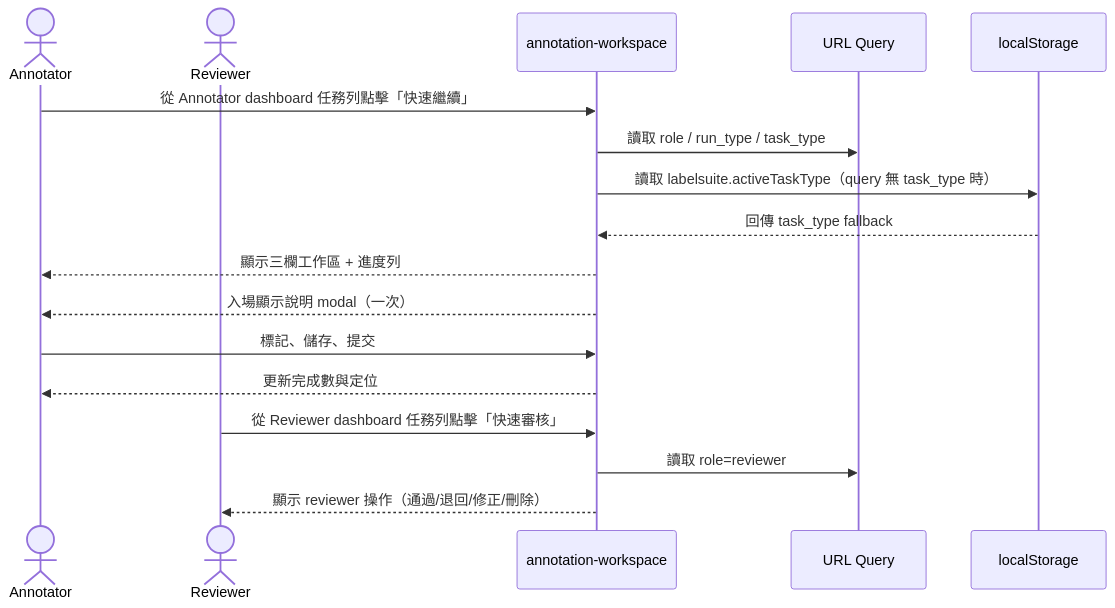
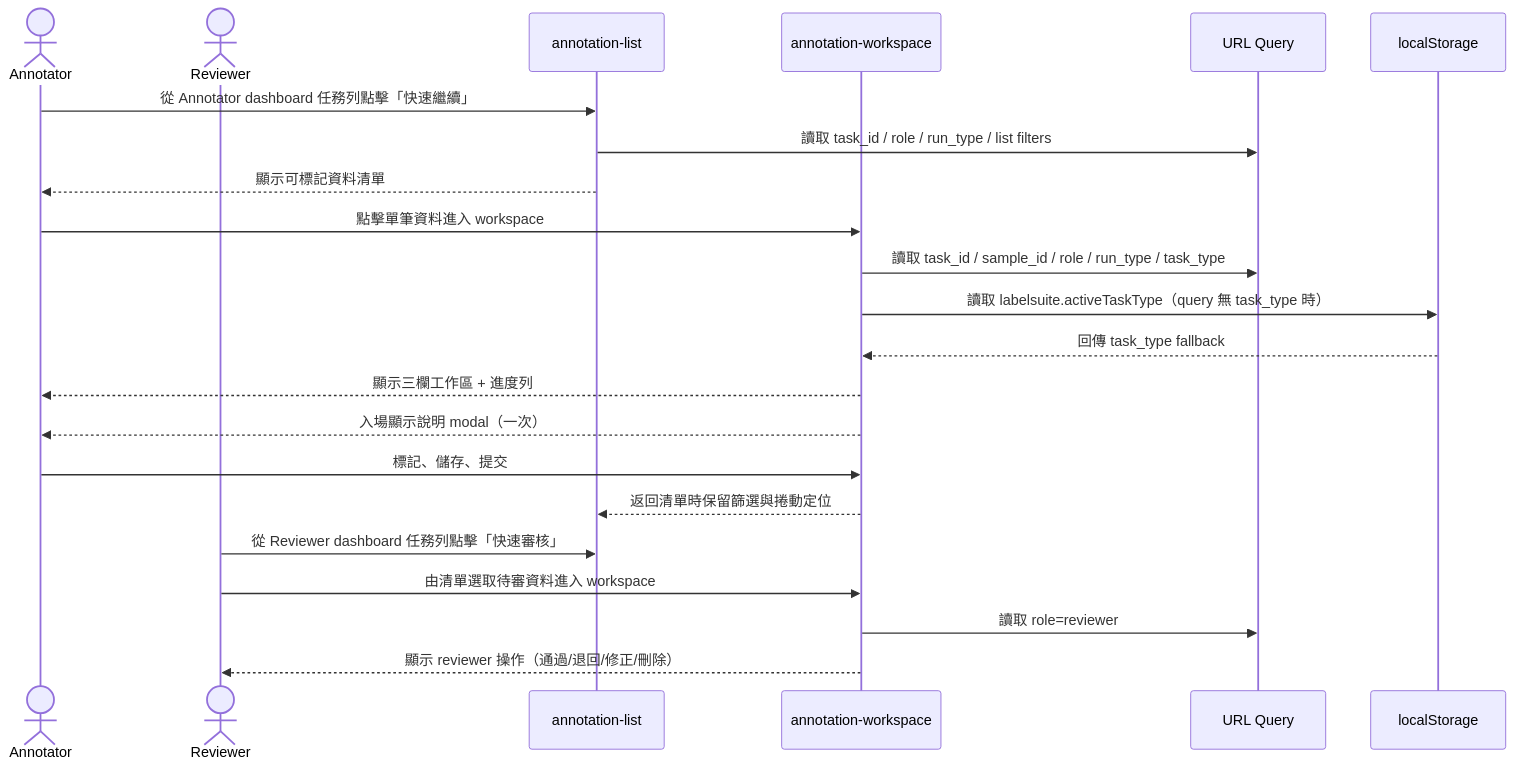
One commit to singyichen/label-suite changed the first of 2 diagrams in specs/annotation/015-annotation-workspace/spec.md. Above: the diagram before and after it, drawn with Mermaid. The commit also changed other lines of this file and 7 other files, not shown here.

Commit message:
feat(annotation): add annotation-list flow and row navigation

````diff
--- a/specs/annotation/015-annotation-workspace/spec.md
+++ b/specs/annotation/015-annotation-workspace/spec.md
@@ -31,21 +33,26 @@
 ```mermaid
 sequenceDiagram
     actor AN as Annotator
     actor RV as Reviewer
+    participant AL as annotation-list
     participant UI as annotation-workspace
     participant Query as URL Query
     participant Storage as localStorage
 
-    AN->>UI: 從 Annotator dashboard 任務列點擊「快速繼續」
-    UI->>Query: 讀取 role / run_type / task_type
+    AN->>AL: 從 Annotator dashboard 任務列點擊「快速繼續」
+    AL->>Query: 讀取 task_id / role / run_type / list filters
+    AL-->>AN: 顯示可標記資料清單
+    AN->>UI: 點擊單筆資料進入 workspace
+    UI->>Query: 讀取 task_id / sample_id / role / run_type / task_type
     UI->>Storage: 讀取 labelsuite.activeTaskType（query 無 task_type 時）
     Storage-->>UI: 回傳 task_type fallback
     UI-->>AN: 顯示三欄工作區 + 進度列
     UI-->>AN: 入場顯示說明 modal（一次）
     AN->>UI: 標記、儲存、提交
-    UI-->>AN: 更新完成數與定位
+    UI-->>AL: 返回清單時保留篩選與捲動定位
 
-    RV->>UI: 從 Reviewer dashboard 任務列點擊「快速審核」
+    RV->>AL: 從 Reviewer dashboard 任務列點擊「快速審核」
+    RV->>UI: 由清單選取待審資料進入 workspace
     UI->>Query: 讀取 role=reviewer
     UI-->>RV: 顯示 reviewer 操作（通過/退回/修正/刪除）
 ```
````
